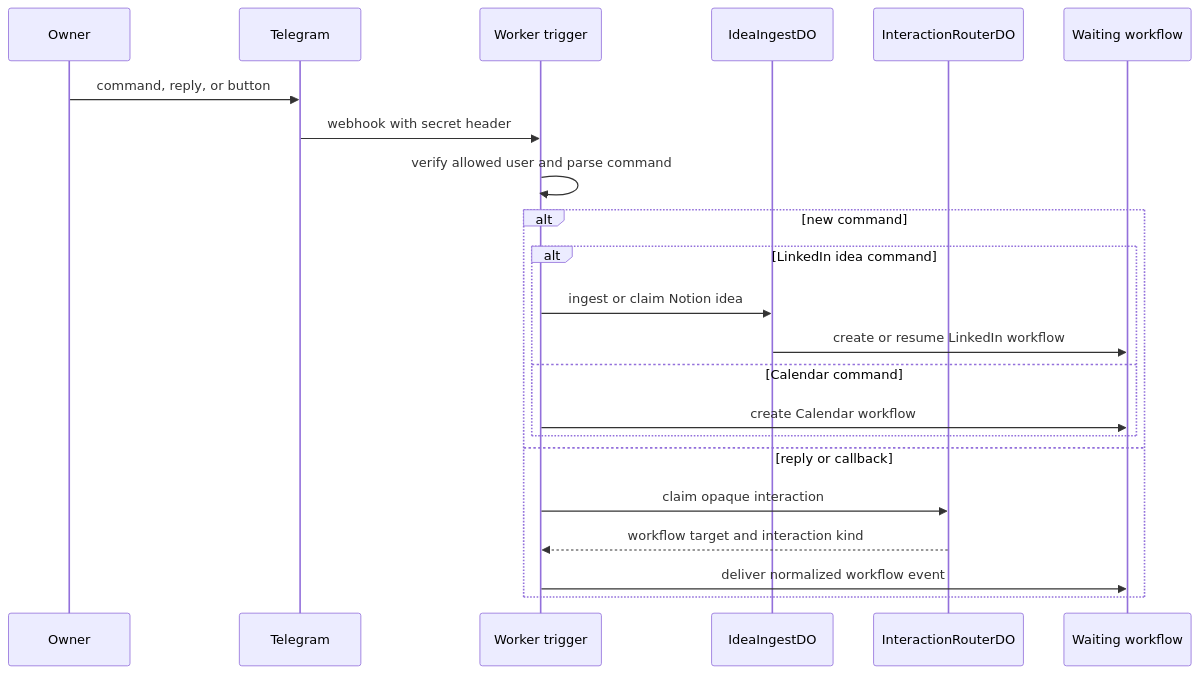
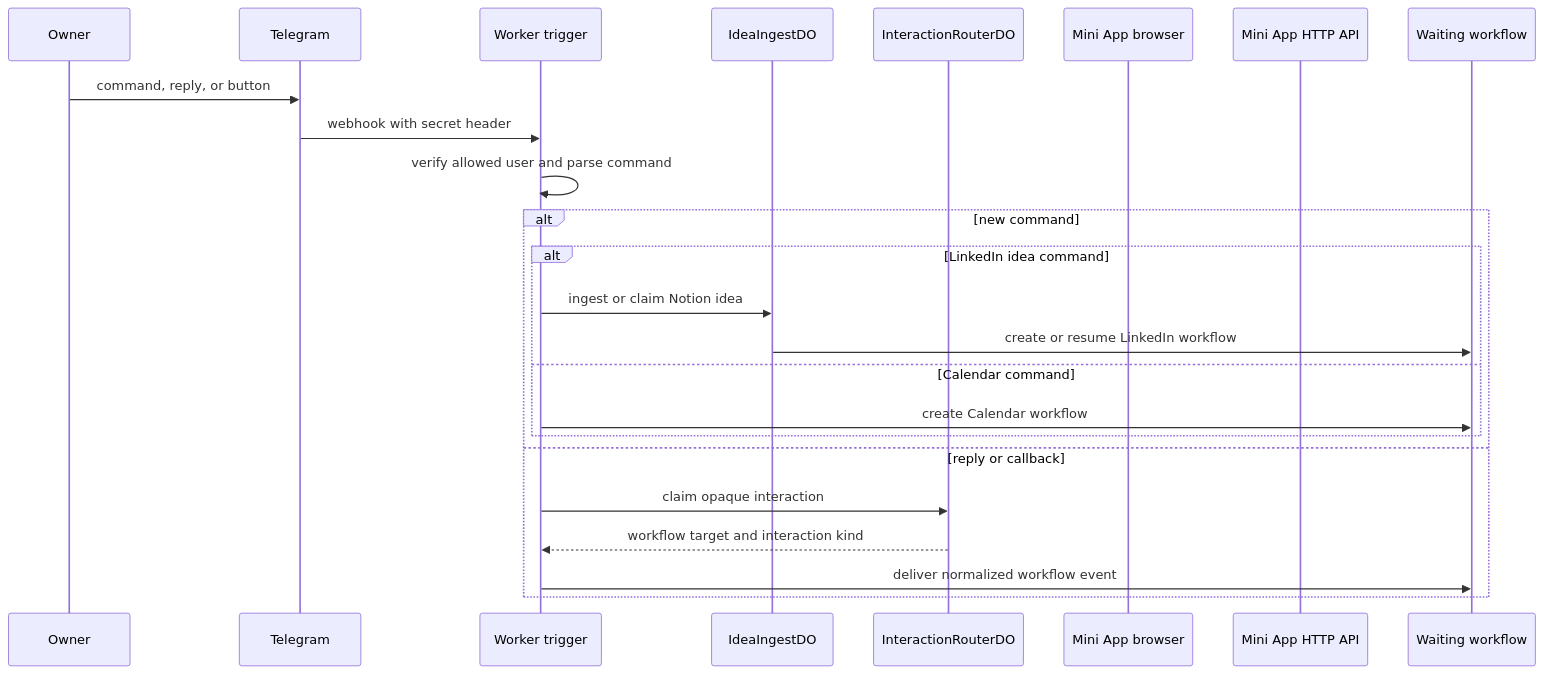
The first of 5 diagrams in docs/architecture/request-flows.md (satwikhebbar/kipp), drawn with Mermaid before and after one commit. The commit also changed other lines of this file and 4 other files, not shown here.

````diff
--- a/docs/architecture/request-flows.md
+++ b/docs/architecture/request-flows.md
@@ -8,25 +8,27 @@
 ```mermaid
 sequenceDiagram
   participant U as Owner
   participant T as Telegram
   participant W as Worker trigger
   participant I as IdeaIngestDO
   participant R as InteractionRouterDO
+  participant B as Mini App browser
+  participant H as Mini App HTTP API
   participant F as Waiting workflow
 
   U->>T: command, reply, or button
   T->>W: webhook with secret header
   W->>W: verify allowed user and parse command
   alt new command
     alt LinkedIn idea command
       W->>I: ingest or claim Notion idea
       I->>F: create or resume LinkedIn workflow
     else Calendar command
       W->>F: create Calendar workflow
     end
   else reply or callback
     W->>R: claim opaque interaction
     R-->>W: workflow target and interaction kind
     W->>F: deliver normalized workflow event
   end
 ```
````
